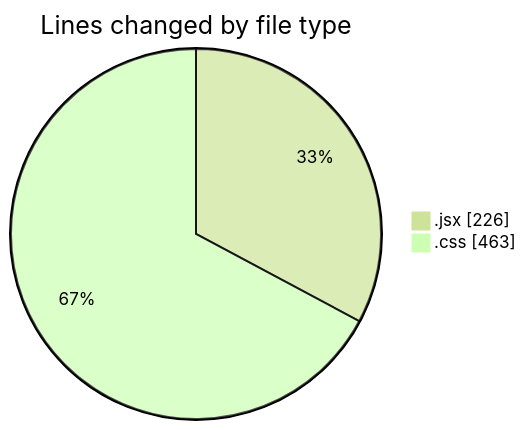
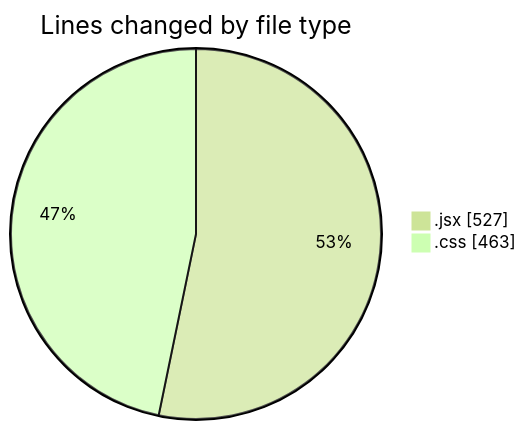
The first of 2 diagrams in 2025-05-08/recipe-app/README.md (BS-eng2023/code-tracking), drawn with Mermaid (forest theme) before and after one commit. The commit also changed other lines of this file and 1 other file, not shown here.

````diff
--- a/2025-05-08/recipe-app/README.md
+++ b/2025-05-08/recipe-app/README.md
@@ -22,6 +23,6 @@
 ```mermaid
 pie showData
 title Lines changed by file type
-".jsx" : 226
+".jsx" : 527
 ".css" : 463
 ```
````
